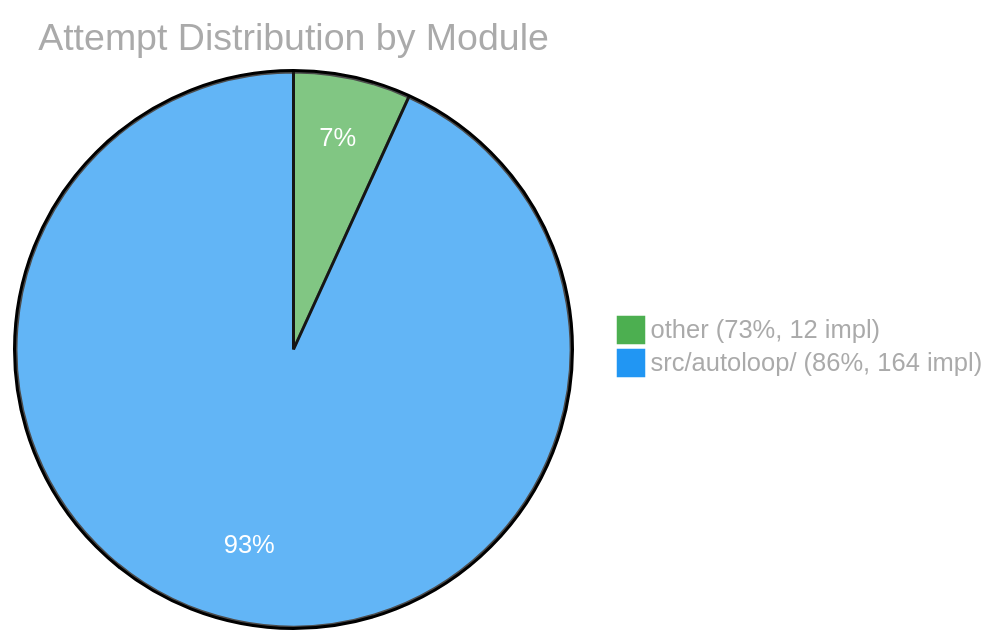
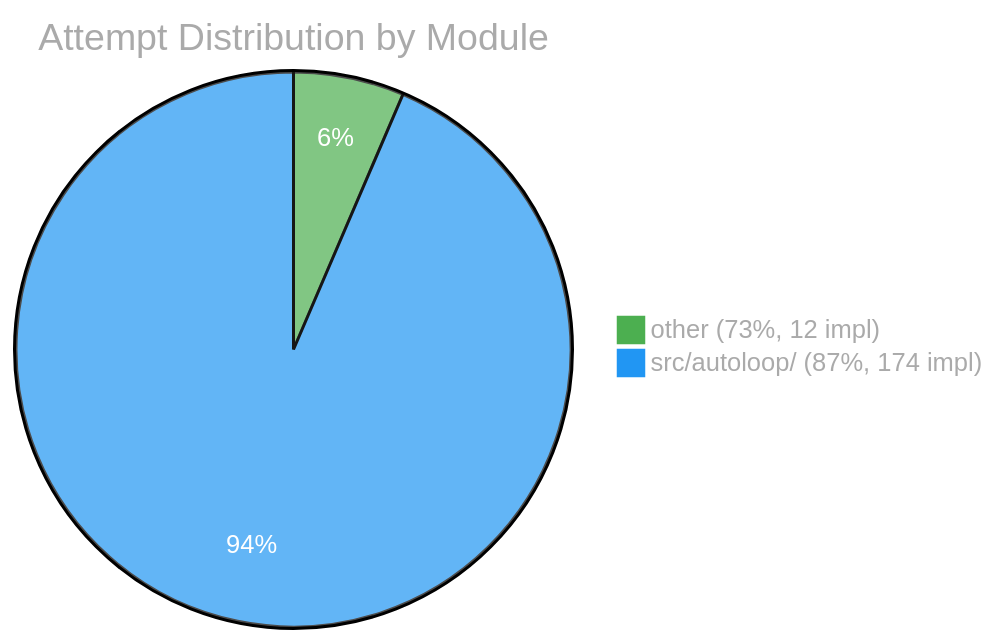
One commit to Sanctum-Origo-Systems/autoloop changed the third of 3 diagrams in EVAL.md. Above: the diagram before and after it, drawn with Mermaid. The commit also changed other lines of this file and 1 other file, not shown here.

````diff
--- a/EVAL.md
+++ b/EVAL.md
@@ -84,6 +102,6 @@
 ```mermaid
 %%{init: {'theme': 'base', 'themeVariables': {'pie1': '#4CAF50', 'pie2': '#2196F3', 'pie3': '#FF9800', 'pie4': '#E91E63', 'pie5': '#9C27B0', 'pie6': '#00BCD4', 'pieTitleTextColor': '#aaa', 'pieLegendTextColor': '#aaa', 'pieSectionTextColor': '#fff'}}}%%
 pie title Attempt Distribution by Module
     "other (73%, 12 impl)" : 12
-    "src/autoloop/ (86%, 164 impl)" : 164
+    "src/autoloop/ (87%, 174 impl)" : 174
 ```
````
